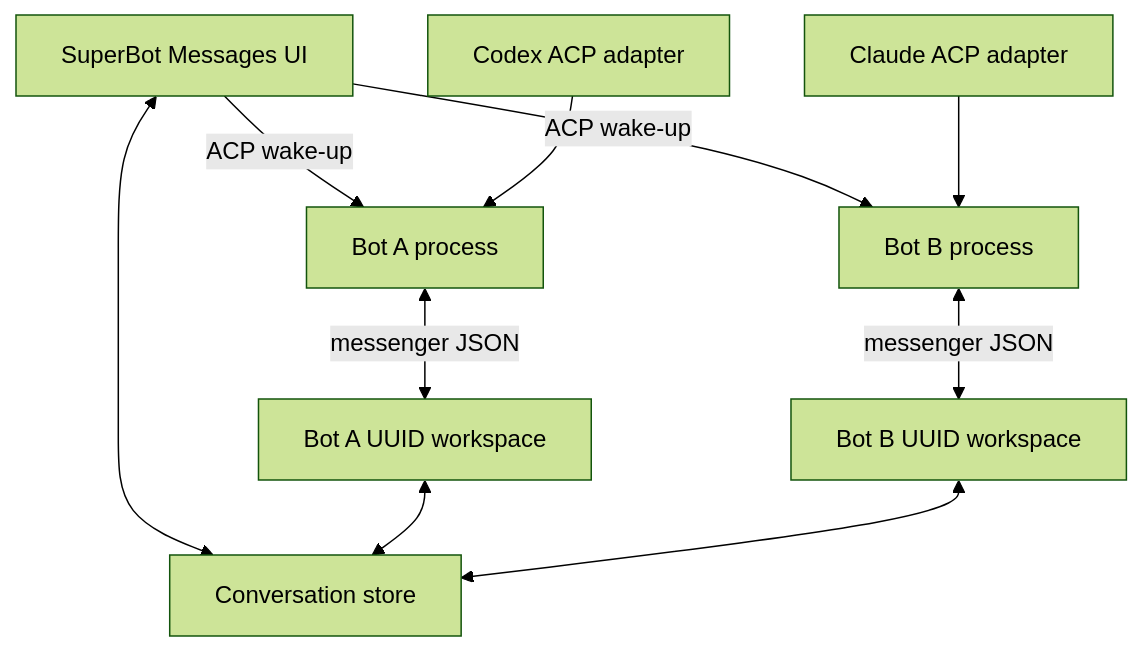
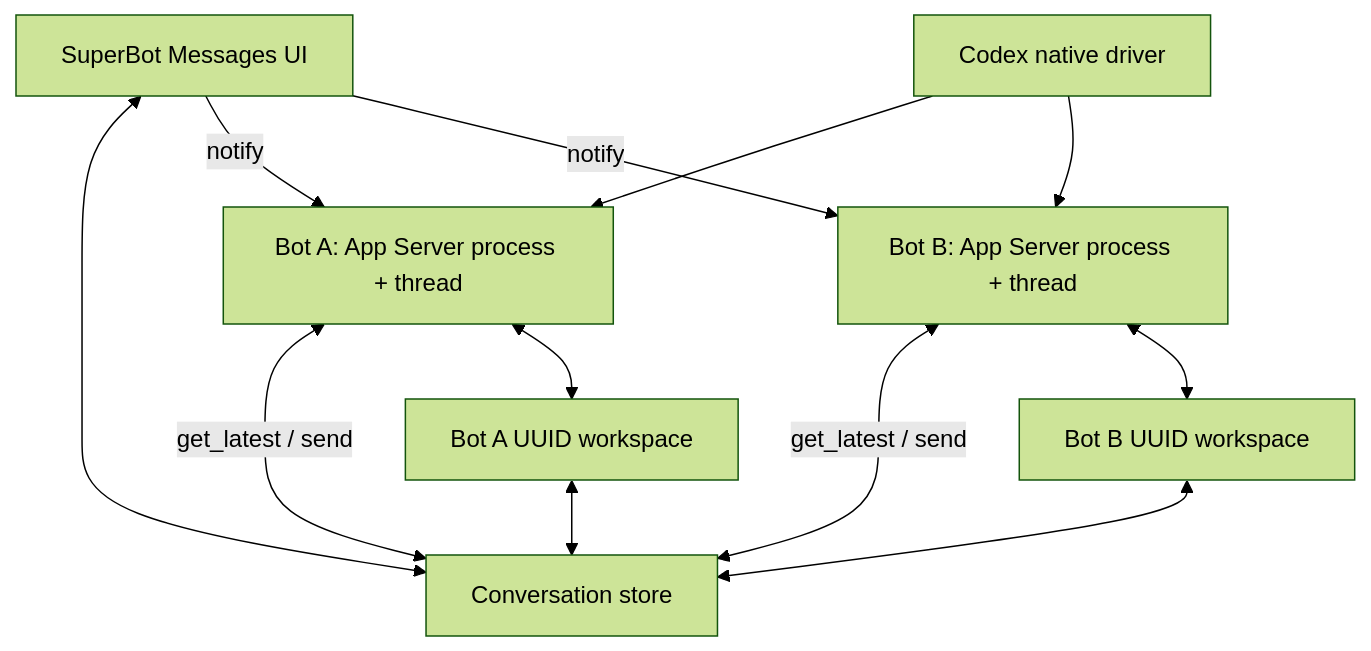
Before and after one commit to pdparchitect/noodle: the diagram in docs/architecture.md, drawn with Mermaid (forest theme). The commit also changed other lines of this file and 7 other files, not shown here.

Commit message:
feat: complete native Codex notification loop

````diff
--- a/docs/architecture.md
+++ b/docs/architecture.md
@@ -8,21 +8,22 @@
 ```mermaid
 flowchart TB
     UI[SuperBot Messages UI]
     STORE[Conversation store]
-    CODEX[Codex ACP adapter]
-    CLAUDE[Claude ACP adapter]
-    A[Bot A process]
-    B[Bot B process]
+    CODEX[Codex native driver]
+    A[Bot A: App Server process + thread]
+    B[Bot B: App Server process + thread]
     AW[Bot A UUID workspace]
     BW[Bot B UUID workspace]
 
     UI <--> STORE
-    UI -->|ACP wake-up| A
-    UI -->|ACP wake-up| B
+    UI -->|notify| A
+    UI -->|notify| B
     CODEX --> A
-    CLAUDE --> B
-    A <-->|messenger JSON| AW
-    B <-->|messenger JSON| BW
+    CODEX --> B
+    A <-->|get_latest / send| STORE
+    B <-->|get_latest / send| STORE
+    A <--> AW
+    B <--> BW
     AW <--> STORE
     BW <--> STORE
 ```
````
